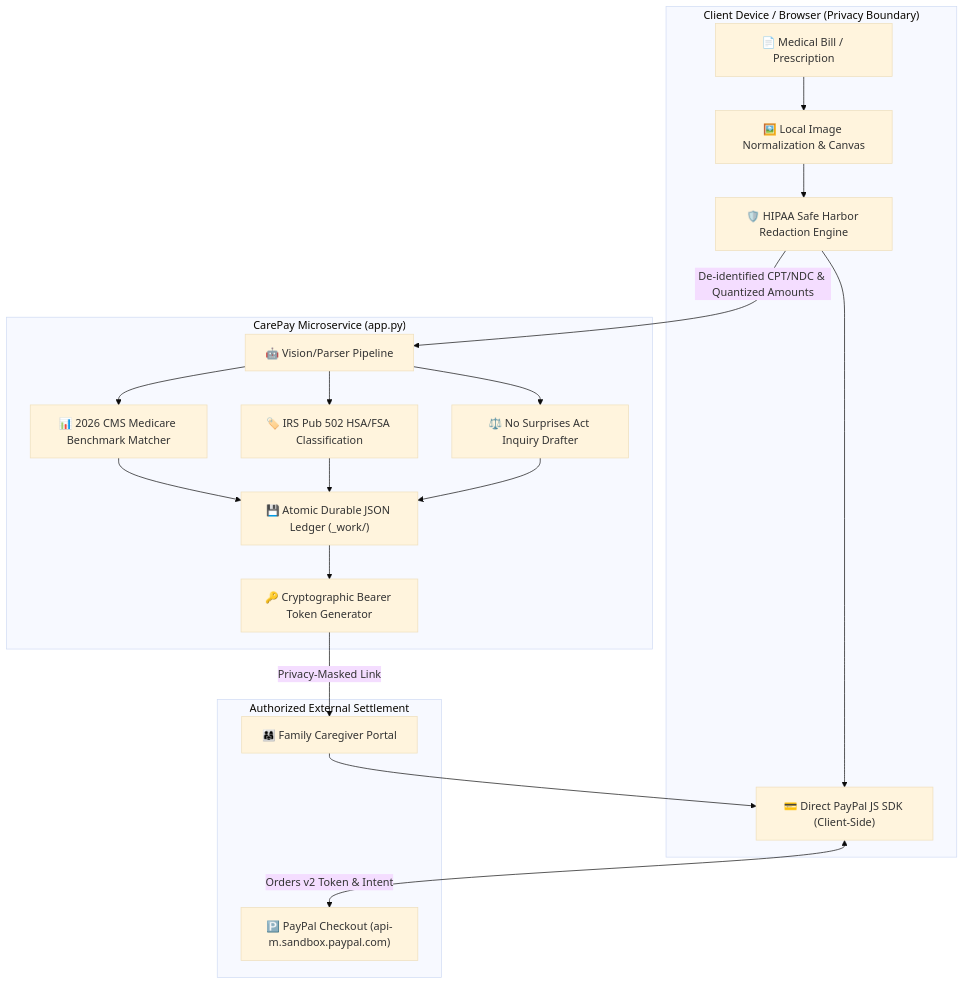
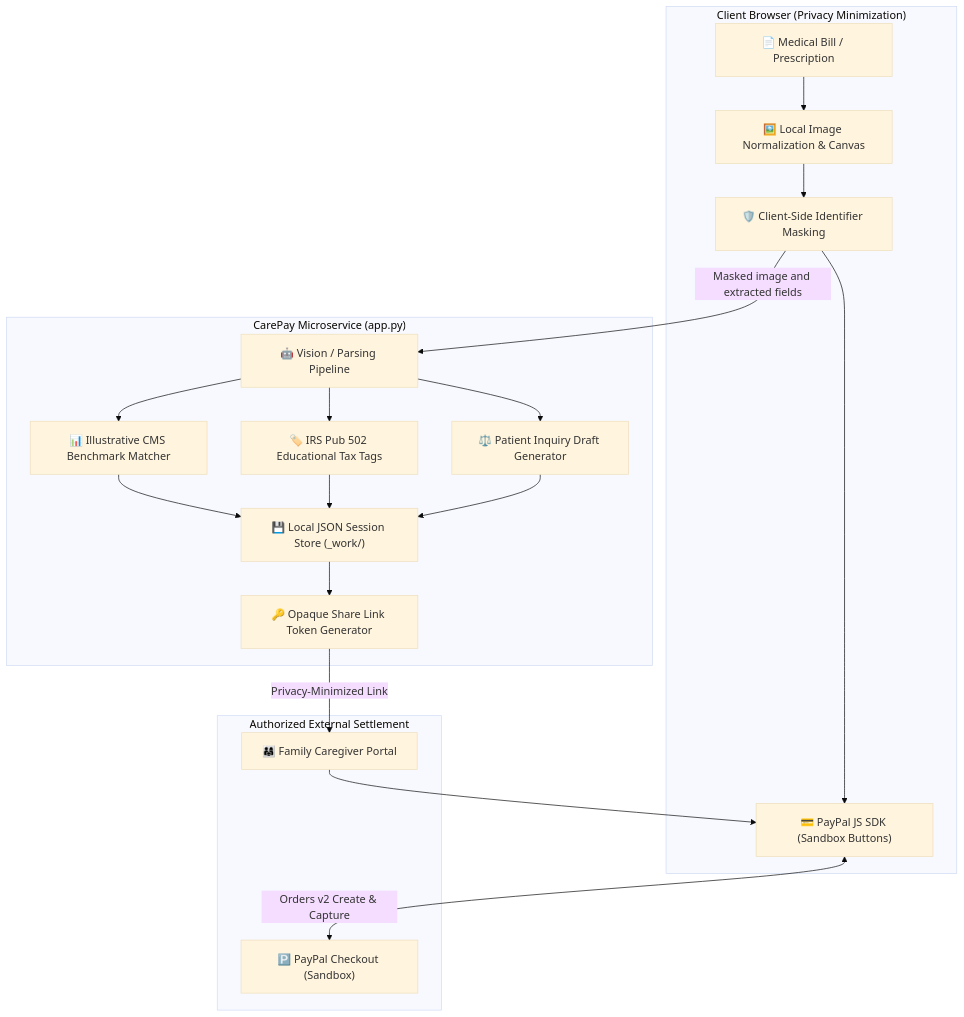
Before and after one commit to Lainholic/CareFree: the first of 2 diagrams in README.md, drawn with Mermaid (base theme). The commit also changed other lines of this file, not shown here.

````diff
--- a/README.md
+++ b/README.md
@@ -32,23 +31,23 @@
 ```mermaid
 flowchart TD
-    subgraph Client ["Client Device / Browser (Privacy Boundary)"]
+    subgraph Client ["Client Browser (Privacy Minimization)"]
         A["📄 Medical Bill / Prescription"] --> B["🖼️ Local Image Normalization & Canvas"]
-        B --> C["🛡️ HIPAA Safe Harbor Redaction Engine"]
-        C --> D["💳 Direct PayPal JS SDK (Client-Side)"]
+        B --> C["🛡️ Client-Side Identifier Masking"]
+        C --> D["💳 PayPal JS SDK (Sandbox Buttons)"]
     end
 
     subgraph CarePayServer ["CarePay Microservice (app.py)"]
-        C -->|"De-identified CPT/NDC & Quantized Amounts"| E["🤖 Vision/Parser Pipeline"]
-        E --> F["📊 2026 CMS Medicare Benchmark Matcher"]
-        E --> G["🏷️ IRS Pub 502 HSA/FSA Classification"]
-        E --> H["⚖️ No Surprises Act Inquiry Drafter"]
-        F & G & H --> I["💾 Atomic Durable JSON Ledger (_work/)"]
-        I --> J["🔑 Cryptographic Bearer Token Generator"]
+        C -->|"Masked image and extracted fields"| E["🤖 Vision / Parsing Pipeline"]
+        E --> F["📊 Illustrative CMS Benchmark Matcher"]
+        E --> G["🏷️ IRS Pub 502 Educational Tax Tags"]
+        E --> H["⚖️ Patient Inquiry Draft Generator"]
+        F & G & H --> I["💾 Local JSON Session Store (_work/)"]
+        I --> J["🔑 Opaque Share Link Token Generator"]
     end
 
     subgraph ExternalSettlement ["Authorized External Settlement"]
-        D <-->|"Orders v2 Token & Intent"| K["🅿️ PayPal Checkout (api-m.sandbox.paypal.com)"]
-        J -->|"Privacy-Masked Link"| L["👨‍👩‍👧 Family Caregiver Portal"]
+        D <-->|"Orders v2 Create & Capture"| K["🅿️ PayPal Checkout (Sandbox)"]
+        J -->|"Privacy-Minimized Link"| L["👨‍👩‍👧 Family Caregiver Portal"]
         L --> D
     end
 ```
````
